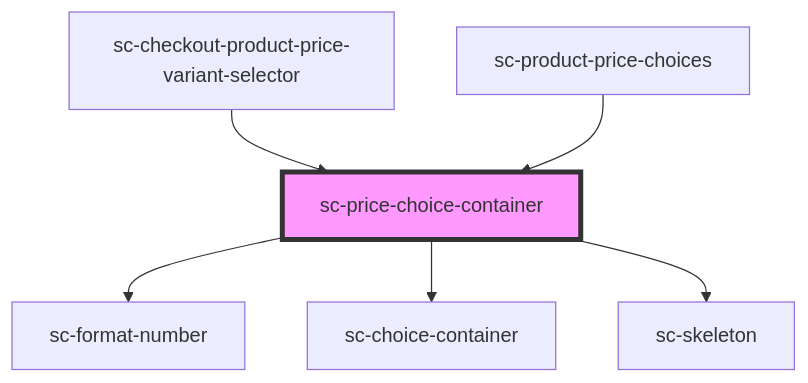
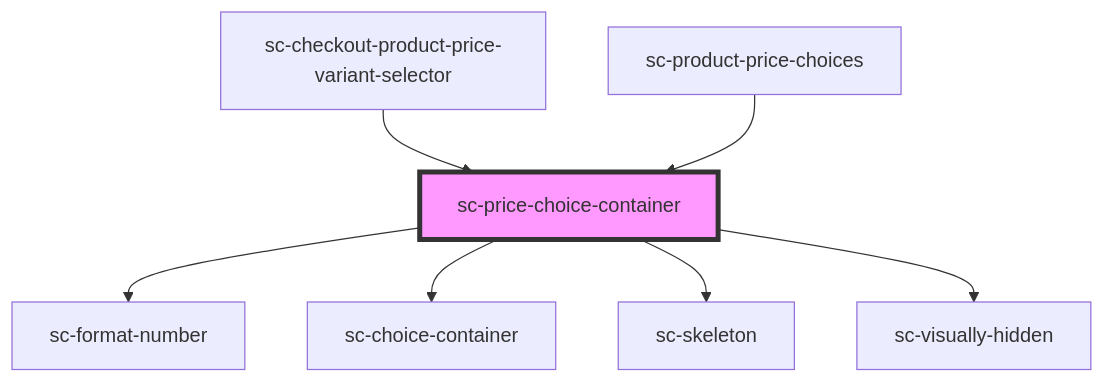
The diagram in packages/components/src/components/ui/sc-price-choice-container/readme.md (surecart/surecart-wp-plugin), drawn with Mermaid before and after one commit. The commit also changed other lines of this file and 98 other files, not shown here.

````diff
--- a/packages/components/src/components/ui/sc-price-choice-container/readme.md
+++ b/packages/components/src/components/ui/sc-price-choice-container/readme.md
@@ -45,9 +46,10 @@
 ```mermaid
 graph TD;
   sc-price-choice-container --> sc-format-number
   sc-price-choice-container --> sc-choice-container
   sc-price-choice-container --> sc-skeleton
+  sc-price-choice-container --> sc-visually-hidden
   sc-checkout-product-price-variant-selector --> sc-price-choice-container
   sc-product-price-choices --> sc-price-choice-container
   style sc-price-choice-container fill:#f9f,stroke:#333,stroke-width:4px
 ```
````
